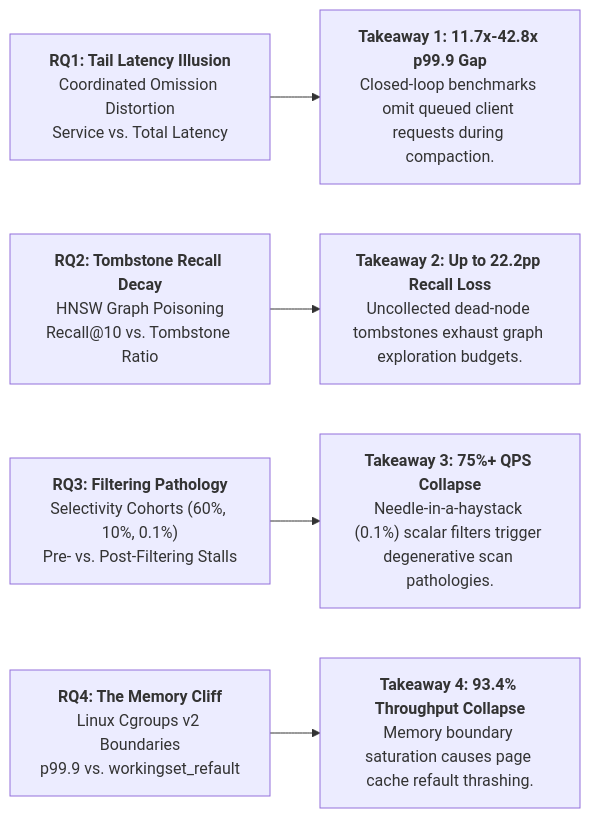
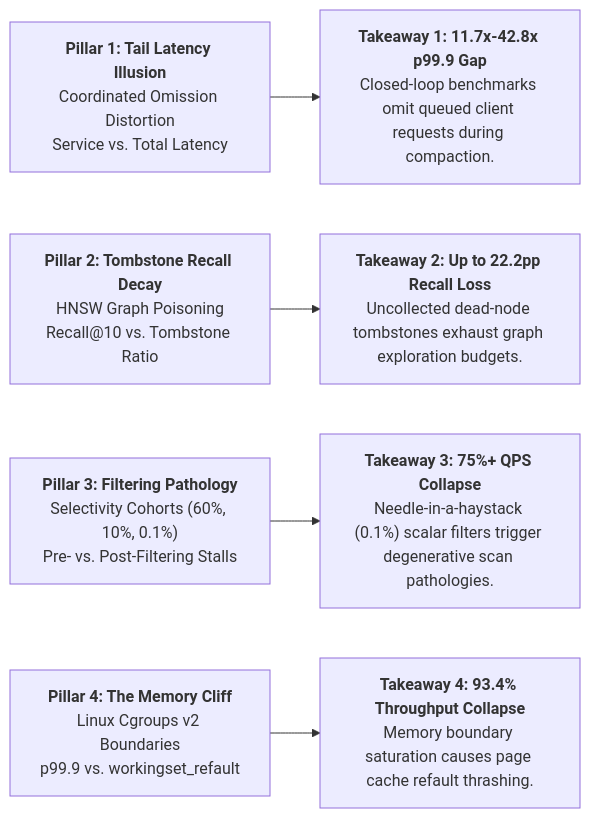
One commit to switchstonedev/fracture-bench changed the first of 2 diagrams in README.md. Above: the diagram before and after it, drawn with Mermaid. The commit also changed other lines of this file and 26 other files, not shown here.

````diff
--- a/README.md
+++ b/README.md
@@ -42,12 +27,12 @@
 ```mermaid
 flowchart LR
-    RQ1["<b>RQ1: Tail Latency Illusion</b><br/>Coordinated Omission Distortion<br/>Service vs. Total Latency"]
-    RQ2["<b>RQ2: Tombstone Recall Decay</b><br/>HNSW Graph Poisoning<br/>Recall@10 vs. Tombstone Ratio"]
-    RQ3["<b>RQ3: Filtering Pathology</b><br/>Selectivity Cohorts (60%, 10%, 0.1%)<br/>Pre- vs. Post-Filtering Stalls"]
-    RQ4["<b>RQ4: The Memory Cliff</b><br/>Linux Cgroups v2 Boundaries<br/>p99.9 vs. workingset_refault"]
+    Pillar1["<b>Pillar 1: Tail Latency Illusion</b><br/>Coordinated Omission Distortion<br/>Service vs. Total Latency"]
+    Pillar2["<b>Pillar 2: Tombstone Recall Decay</b><br/>HNSW Graph Poisoning<br/>Recall@10 vs. Tombstone Ratio"]
+    Pillar3["<b>Pillar 3: Filtering Pathology</b><br/>Selectivity Cohorts (60%, 10%, 0.1%)<br/>Pre- vs. Post-Filtering Stalls"]
+    Pillar4["<b>Pillar 4: The Memory Cliff</b><br/>Linux Cgroups v2 Boundaries<br/>p99.9 vs. workingset_refault"]
 
-    RQ1 --> Takeaway1["<b>Takeaway 1: 11.7x-42.8x p99.9 Gap</b><br/>Closed-loop benchmarks omit queued client requests during compaction."]
-    RQ2 --> Takeaway2["<b>Takeaway 2: Up to 22.2pp Recall Loss</b><br/>Uncollected dead-node tombstones exhaust graph exploration budgets."]
-    RQ3 --> Takeaway3["<b>Takeaway 3: 75%+ QPS Collapse</b><br/>Needle-in-a-haystack (0.1%) scalar filters trigger degenerative scan pathologies."]
-    RQ4 --> Takeaway4["<b>Takeaway 4: 93.4% Throughput Collapse</b><br/>Memory boundary saturation causes page cache refault thrashing."]
+    Pillar1 --> Takeaway1["<b>Takeaway 1: 11.7x-42.8x p99.9 Gap</b><br/>Closed-loop benchmarks omit queued client requests during compaction."]
+    Pillar2 --> Takeaway2["<b>Takeaway 2: Up to 22.2pp Recall Loss</b><br/>Uncollected dead-node tombstones exhaust graph exploration budgets."]
+    Pillar3 --> Takeaway3["<b>Takeaway 3: 75%+ QPS Collapse</b><br/>Needle-in-a-haystack (0.1%) scalar filters trigger degenerative scan pathologies."]
+    Pillar4 --> Takeaway4["<b>Takeaway 4: 93.4% Throughput Collapse</b><br/>Memory boundary saturation causes page cache refault thrashing."]
 ```
````
